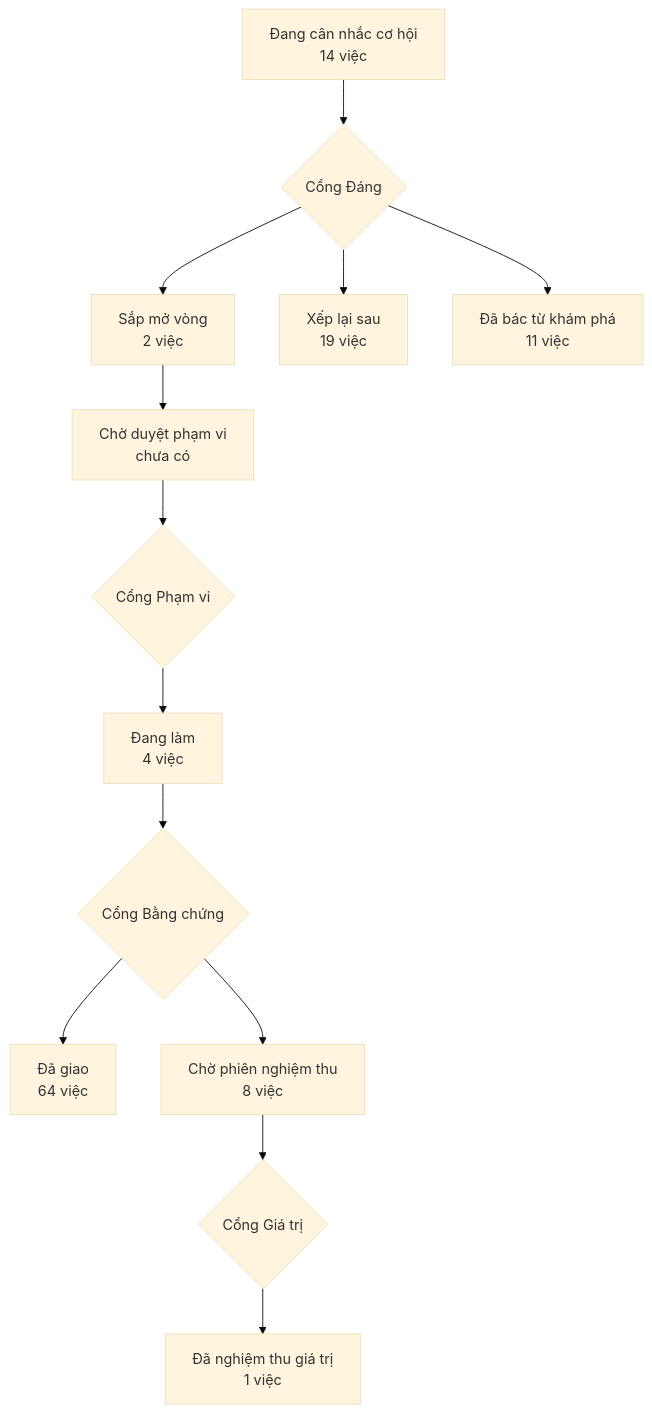
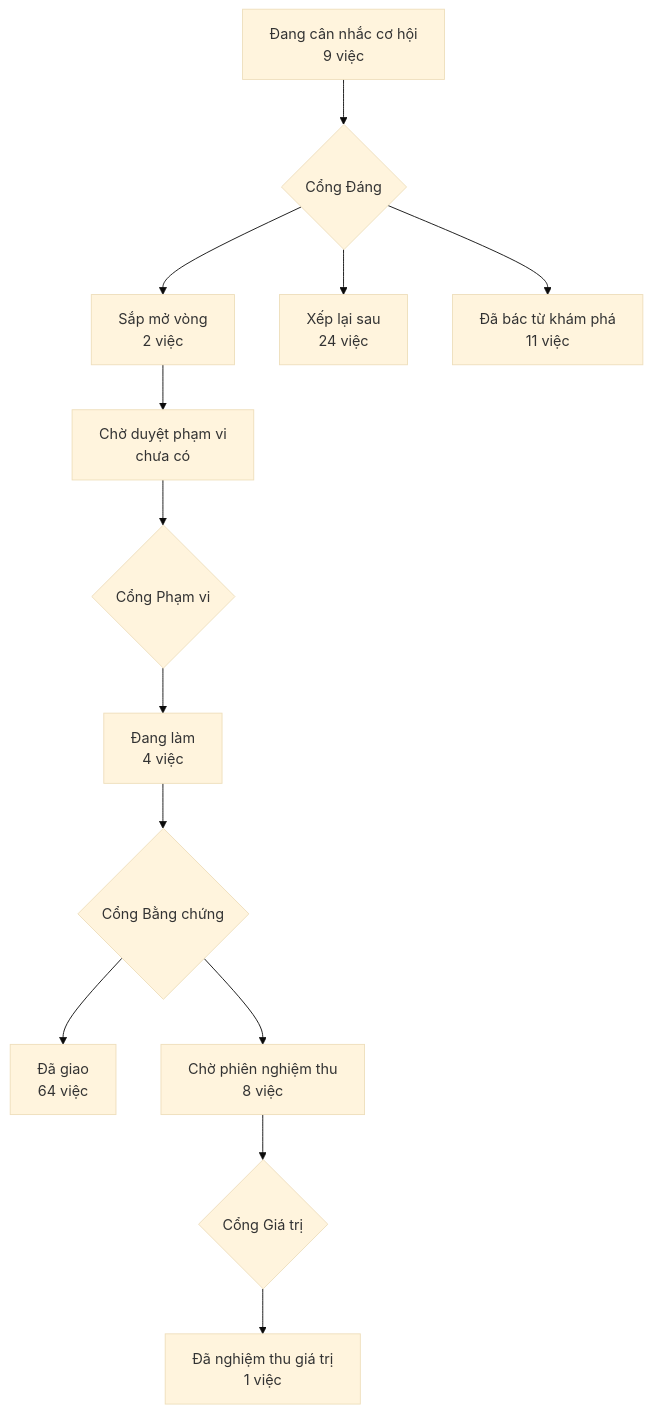
Before and after one commit to phanlemanh/acceptance-gate-kit: the diagram in PRODUCT-MAP.md, drawn with Mermaid (base theme). The commit also changed 16 other files, not shown here.

````diff
--- a/PRODUCT-MAP.md
+++ b/PRODUCT-MAP.md
@@ -6,12 +6,12 @@
 ```mermaid
 flowchart TD
-  A["Đang cân nhắc cơ hội<br/>14 việc"] --> GD{"Cổng Đáng"}
+  A["Đang cân nhắc cơ hội<br/>9 việc"] --> GD{"Cổng Đáng"}
   GD --> B["Sắp mở vòng<br/>2 việc"]
-  GD --> XL["Xếp lại sau<br/>19 việc"]
+  GD --> XL["Xếp lại sau<br/>24 việc"]
   GD --> DB["Đã bác từ khám phá<br/>11 việc"]
   B --> CD["Chờ duyệt phạm vi<br/>chưa có"] --> GP{"Cổng Phạm vi"}
   GP --> DL["Đang làm<br/>4 việc"] --> GB{"Cổng Bằng chứng"}
   GB --> DG["Đã giao<br/>64 việc"]
   GB --> CN["Chờ phiên nghiệm thu<br/>8 việc"] --> GG{"Cổng Giá trị"}
   GG --> NT["Đã nghiệm thu giá trị<br/>1 việc"]
 ```
````
